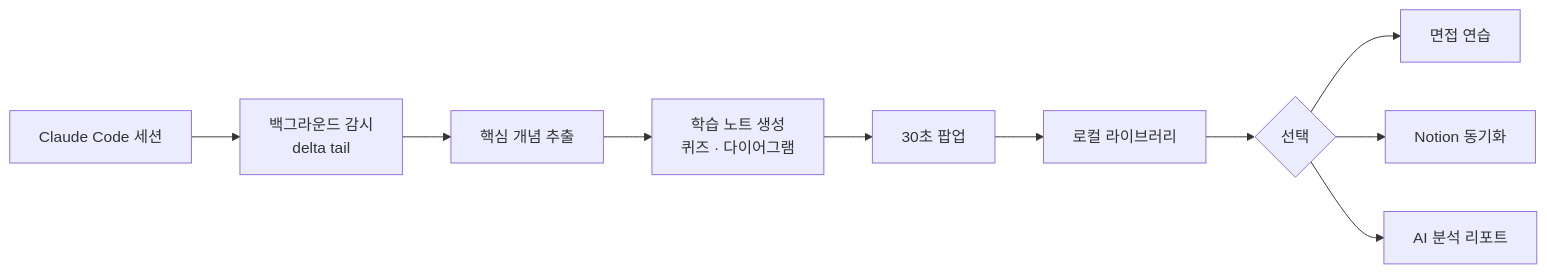
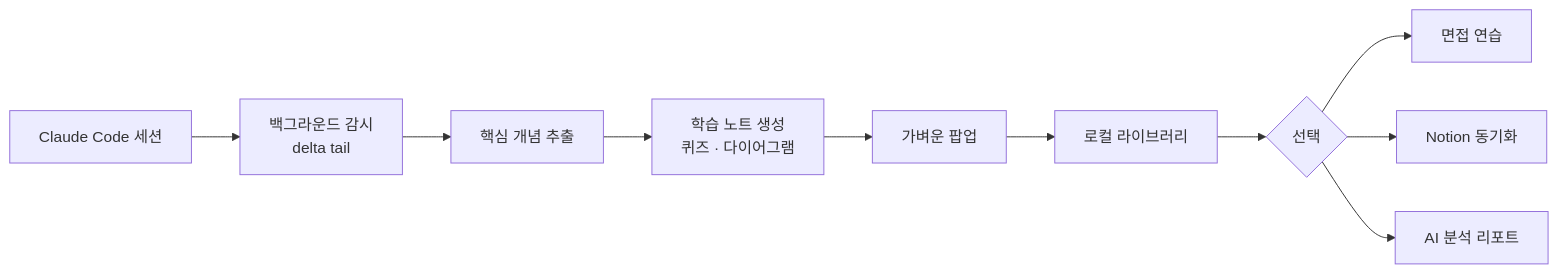
One commit to letYuchan/snap-learn-open changed the diagram in README.md. Above: the diagram before and after it, drawn with Mermaid. The commit also changed other lines of this file, not shown here.

````diff
--- a/README.md
+++ b/README.md
@@ -40,12 +40,12 @@
 ```mermaid
 flowchart LR
   A[Claude Code 세션] --> B[백그라운드 감시<br/>delta tail]
   B --> C[핵심 개념 추출]
   C --> D[학습 노트 생성<br/>퀴즈 · 다이어그램]
-  D --> E[30초 팝업]
+  D --> E[가벼운 팝업]
   E --> F[로컬 라이브러리]
   F --> G{선택}
   G --> H[면접 연습]
   G --> I[Notion 동기화]
   G --> J[AI 분석 리포트]
 ```
````
